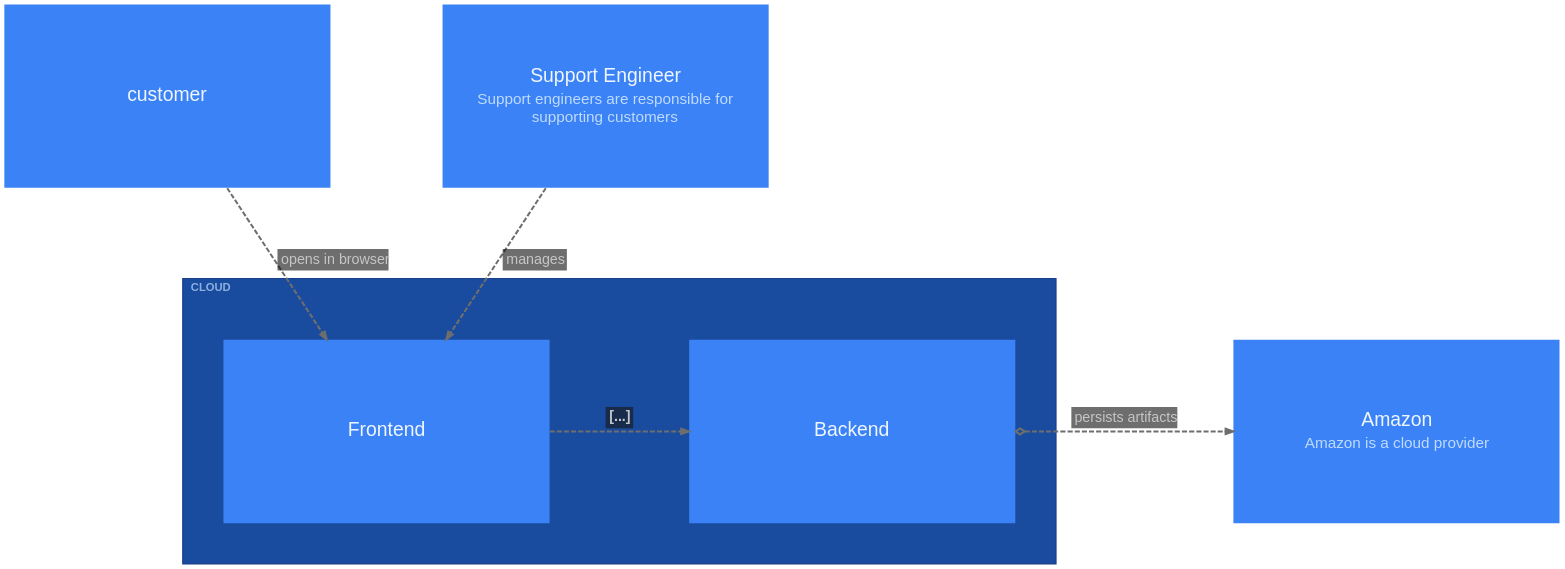
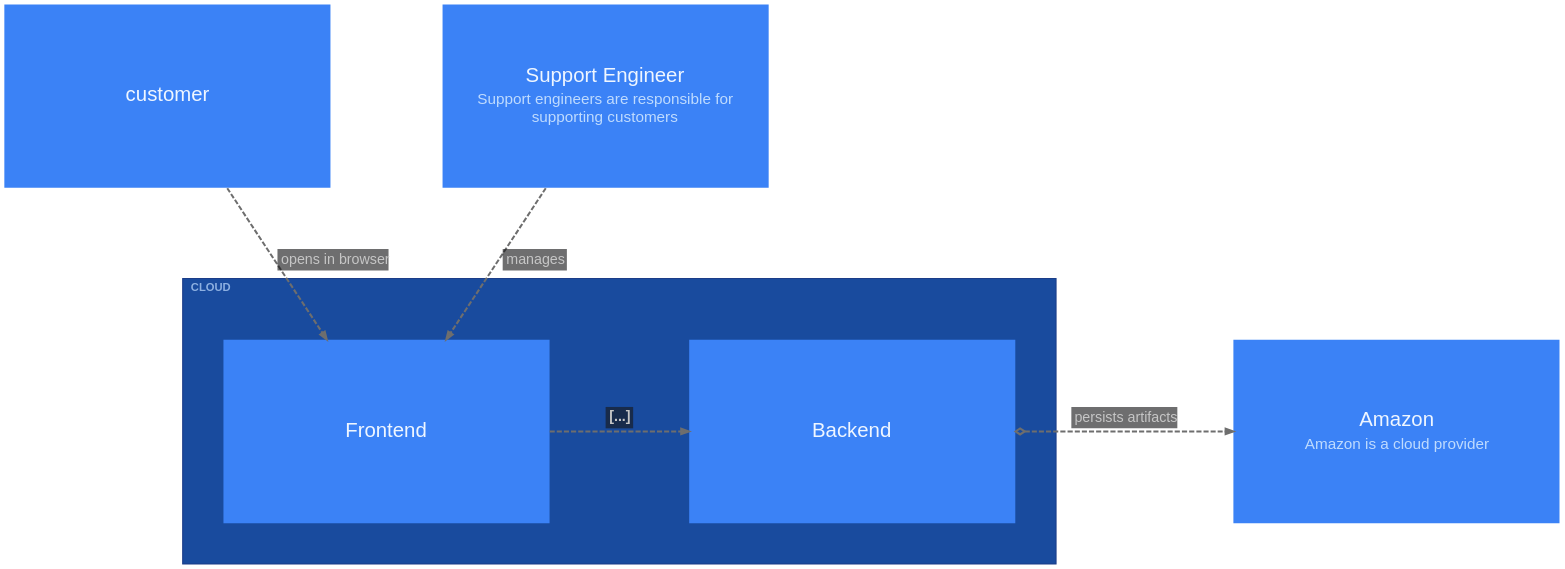
The diagram in packages/layouts/src/graphviz/__snapshots__/ElementViewPrinter-cloud.dot (likec4/likec4), drawn with Graphviz before and after one commit. The commit also changed 41 other files, not shown here.

```diff
--- a/packages/layouts/src/graphviz/__snapshots__/ElementViewPrinter-cloud.dot
+++ b/packages/layouts/src/graphviz/__snapshots__/ElementViewPrinter-cloud.dot
@@ -1,118 +1,118 @@
 digraph {
   likec4_viewId = "cloudView";
   bgcolor = "transparent";
   layout = "dot";
   compound = true;
   rankdir = "TB";
   TBbalance = "min";
   splines = "spline";
   outputorder = "nodesfirst";
   nodesep = 1.528;
   ranksep = 1.667;
   pad = 0.209;
   fontname = "Arial";
   graph [
     fontsize = 15;
     labeljust = "l";
     labelloc = "t";
     margin = 50.1;
   ];
   edge [
     arrowsize = 0.75;
     fontname = "Arial";
     fontsize = 14;
     penwidth = 2;
     color = "#6E6E6E";
     fontcolor = "#C6C6C6";
   ];
   node [
     fontname = "Arial";
     shape = "rect";
     fillcolor = "#3b82f6";
     fontcolor = "#eff6ff";
     color = "#2563eb";
     style = "filled";
     penwidth = 0;
   ];
   "customer" [
     likec4_id = "customer";
     likec4_level = 0;
-    label = <<FONT POINT-SIZE="19">customer</FONT>>;
+    label = <<FONT POINT-SIZE="20">customer</FONT>>;
     margin = "0.223,0.223";
     width = 4.445;
     height = 2.5;
   ];
   "support" [
     likec4_id = "support";
     likec4_level = 0;
-    label = <<TABLE BORDER="0" CELLPADDING="0" CELLSPACING="4"><TR><TD><FONT POINT-SIZE="19">Support Engineer</FONT></TD></TR><TR><TD><FONT POINT-SIZE="15" COLOR="#bfdbfe">Support engineers are responsible for<BR/>supporting customers</FONT></TD></TR></TABLE>>;
+    label = <<TABLE BORDER="0" CELLPADDING="0" CELLSPACING="4"><TR><TD><FONT POINT-SIZE="20">Support Engineer</FONT></TD></TR><TR><TD><FONT POINT-SIZE="15" COLOR="#bfdbfe">Support engineers are responsible for<BR/>supporting customers</FONT></TD></TR></TABLE>>;
     margin = "0.223,0.223";
     width = 4.445;
     height = 2.5;
   ];
   "frontend" [
     likec4_id = "cloud.frontend";
     likec4_level = 1;
-    label = <<FONT POINT-SIZE="19">Frontend</FONT>>;
+    label = <<FONT POINT-SIZE="20">Frontend</FONT>>;
     margin = "0.278,0.306";
     width = 4.445;
     height = 2.5;
   ];
   "backend" [
     likec4_id = "cloud.backend";
     likec4_level = 1;
-    label = <<FONT POINT-SIZE="19">Backend</FONT>>;
+    label = <<FONT POINT-SIZE="20">Backend</FONT>>;
     margin = "0.223,0.223";
     width = 4.445;
     height = 2.5;
   ];
   "amazon" [
     likec4_id = "amazon";
     likec4_level = 0;
-    label = <<TABLE BORDER="0" CELLPADDING="0" CELLSPACING="4"><TR><TD><FONT POINT-SIZE="19">Amazon</FONT></TD></TR><TR><TD><FONT POINT-SIZE="15" COLOR="#bfdbfe">Amazon is a cloud provider</FONT></TD></TR></TABLE>>;
+    label = <<TABLE BORDER="0" CELLPADDING="0" CELLSPACING="4"><TR><TD><FONT POINT-SIZE="20">Amazon</FONT></TD></TR><TR><TD><FONT POINT-SIZE="15" COLOR="#bfdbfe">Amazon is a cloud provider</FONT></TD></TR></TABLE>>;
     margin = "0.223,0.223";
     width = 4.445;
     height = 2.5;
   ];
   subgraph "cluster_cloud" {
     likec4_id = "cloud";
     likec4_level = 0;
     likec4_depth = 1;
     fillcolor = "#194b9e";
     color = "#1b3d88";
     style = "filled";
     margin = 40;
     label = <<FONT POINT-SIZE="11" COLOR="#bfdbfeb3"><B>CLOUD</B></FONT>>;
     "frontend";
     "backend";
   }
   "customer" -> "frontend" [
     likec4_id = "customer:cloud.frontend";
     style = "dashed";
     label = <<TABLE BORDER="0" CELLPADDING="3" CELLSPACING="0" BGCOLOR="#18191bA0"><TR><TD ALIGN="TEXT" BALIGN="LEFT"><FONT POINT-SIZE="14">opens in browser</FONT></TD></TR></TABLE>>;
     arrowhead = "normal";
   ];
   "support" -> "frontend" [
     likec4_id = "support:cloud.frontend";
     style = "dashed";
     label = <<TABLE BORDER="0" CELLPADDING="3" CELLSPACING="0" BGCOLOR="#18191bA0"><TR><TD ALIGN="TEXT" BALIGN="LEFT"><FONT POINT-SIZE="14">manages</FONT></TD></TR></TABLE>>;
     arrowhead = "normal";
   ];
   "frontend" -> "backend" [
     likec4_id = "cloud.frontend:cloud.backend";
     style = "dashed";
     weight = 2;
     label = <<TABLE BORDER="0" CELLPADDING="3" CELLSPACING="0" BGCOLOR="#18191bA0"><TR><TD ALIGN="TEXT" BALIGN="LEFT"><FONT POINT-SIZE="14"><B>[...]</B></FONT></TD></TR></TABLE>>;
     arrowhead = "normal";
     minlen = 0;
   ];
   "backend" -> "amazon" [
     likec4_id = "cloud.backend:amazon";
     style = "dashed";
     label = <<TABLE BORDER="0" CELLPADDING="3" CELLSPACING="0" BGCOLOR="#18191bA0"><TR><TD ALIGN="TEXT" BALIGN="LEFT"><FONT POINT-SIZE="14">persists artifacts</FONT></TD></TR></TABLE>>;
     arrowhead = "normal";
     arrowtail = "odiamond";
     dir = "both";
     minlen = 0;
   ];
 }
```
